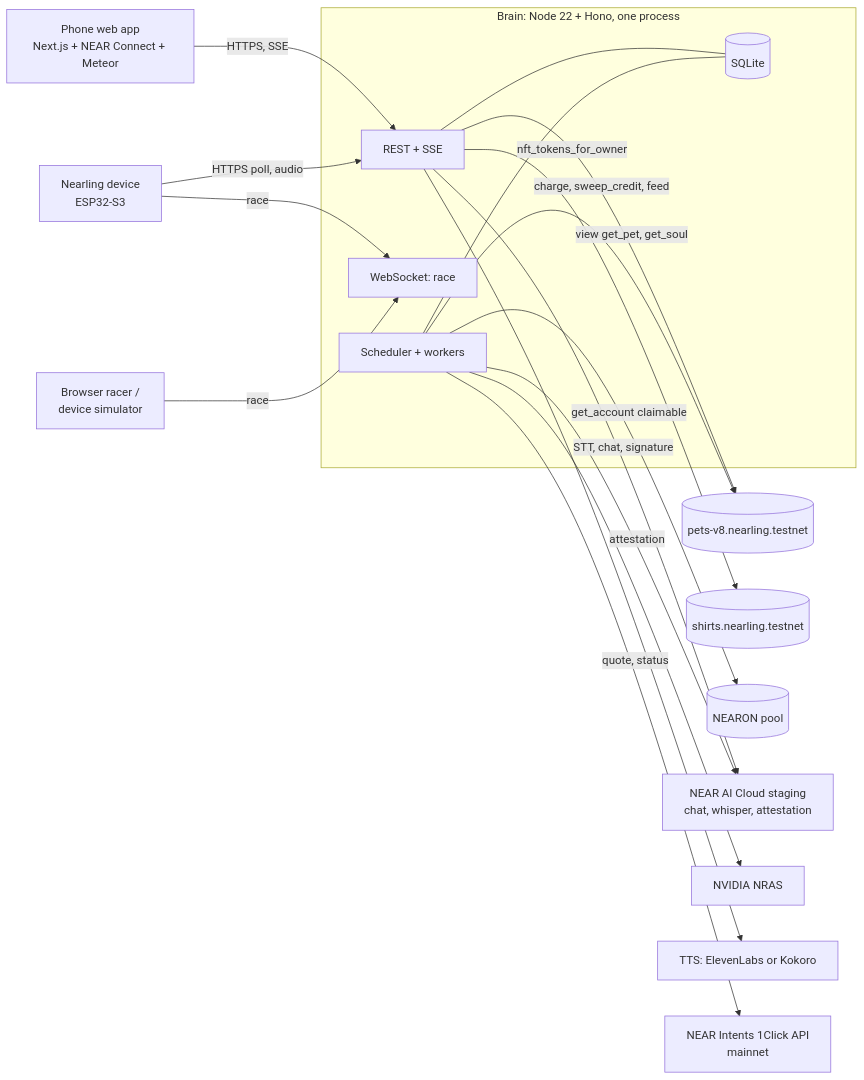
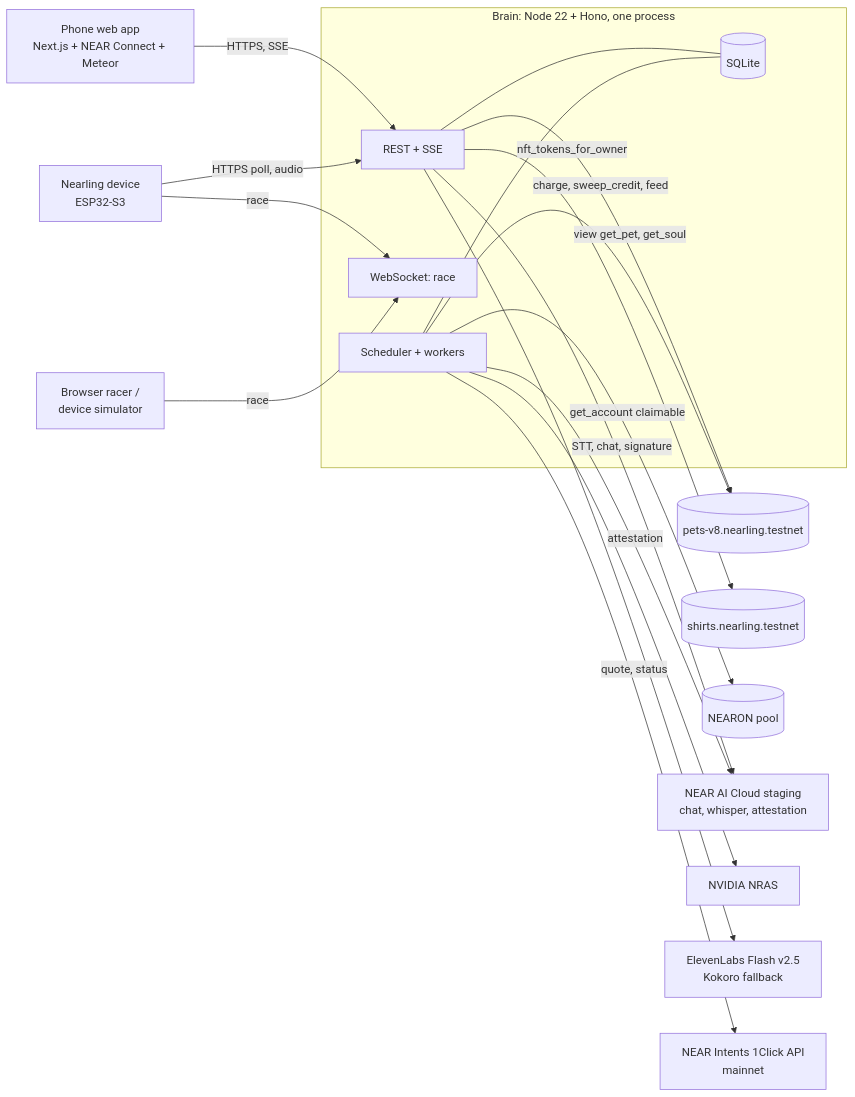
Before and after one commit to JNHNG0205/Nearling: the diagram in AI-brain architectual/01-overview.md, drawn with Mermaid. The commit also changed other lines of this file and 39 other files, not shown here.

````diff
--- a/AI-brain architectual/01-overview.md
+++ b/AI-brain architectual/01-overview.md
@@ -23,35 +23,35 @@
 ```mermaid
 flowchart LR
   Phone[Phone web app<br/>Next.js + NEAR Connect + Meteor]
   Dev[Nearling device<br/>ESP32-S3]
   Browser[Browser racer /<br/>device simulator]
   subgraph Brain[Brain: Node 22 + Hono, one process]
     HTTP[REST + SSE]
     WS[WebSocket: race]
     JOBS[Scheduler + workers]
     DB[(SQLite)]
   end
   Pets[(pets-v8.nearling.testnet)]
   Shirts[(shirts.nearling.testnet)]
   Pool[(NEARON pool)]
   AI[NEAR AI Cloud staging<br/>chat, whisper, attestation]
   NRAS[NVIDIA NRAS]
-  TTS[TTS: ElevenLabs or Kokoro]
+  TTS[ElevenLabs Flash v2.5<br/>Kokoro fallback]
   OneClick[NEAR Intents 1Click API<br/>mainnet]
 
   Phone -- HTTPS, SSE --> HTTP
   Dev -- HTTPS poll, audio --> HTTP
   Dev -- race --> WS
   Browser -- race --> WS
   HTTP --- DB
   JOBS --- DB
   HTTP -- view get_pet, get_soul --> Pets
   JOBS -- charge, sweep_credit, feed --> Pets
   HTTP -- nft_tokens_for_owner --> Shirts
   JOBS -- get_account claimable --> Pool
   HTTP -- STT, chat, signature --> AI
   JOBS -- attestation --> AI
   JOBS --> NRAS
   HTTP --> TTS
   JOBS -- quote, status --> OneClick
 ```
````
